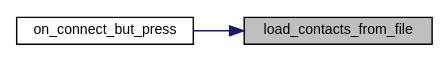
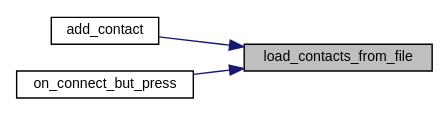
Before and after one commit to nathan-rabet/PEPITAS-Cryptocurrency: the diagram in docs/documentation/ui_8h_a73fe931a2fbeb2086428ad91c0cbc05e_icgraph.dot, drawn with Graphviz. The commit also changed 192 other files, not shown here.

```diff
--- a/docs/documentation/ui_8h_a73fe931a2fbeb2086428ad91c0cbc05e_icgraph.dot
+++ b/docs/documentation/ui_8h_a73fe931a2fbeb2086428ad91c0cbc05e_icgraph.dot
@@ -1,10 +1,12 @@
 digraph "load_contacts_from_file"
 {
  // LATEX_PDF_SIZE
   edge [fontname="Helvetica",fontsize="10",labelfontname="Helvetica",labelfontsize="10"];
   node [fontname="Helvetica",fontsize="10",shape=record];
   rankdir="RL";
   Node1 [label="load_contacts_from_file",height=0.2,width=0.4,color="black", fillcolor="grey75", style="filled", fontcolor="black",tooltip=" "];
   Node1 -> Node2 [dir="back",color="midnightblue",fontsize="10",style="solid",fontname="Helvetica"];
-  Node2 [label="on_connect_but_press",height=0.2,width=0.4,color="black", fillcolor="white", style="filled",URL="$ui_8c.html#aa118feebec7cfa09ac8e958107872c47",tooltip=" "];
+  Node2 [label="add_contact",height=0.2,width=0.4,color="black", fillcolor="white", style="filled",URL="$ui_8c.html#ad00b3507b4bb09e32b88b8c4e015c7bf",tooltip=" "];
+  Node1 -> Node3 [dir="back",color="midnightblue",fontsize="10",style="solid",fontname="Helvetica"];
+  Node3 [label="on_connect_but_press",height=0.2,width=0.4,color="black", fillcolor="white", style="filled",URL="$ui_8c.html#aa118feebec7cfa09ac8e958107872c47",tooltip=" "];
 }
```
